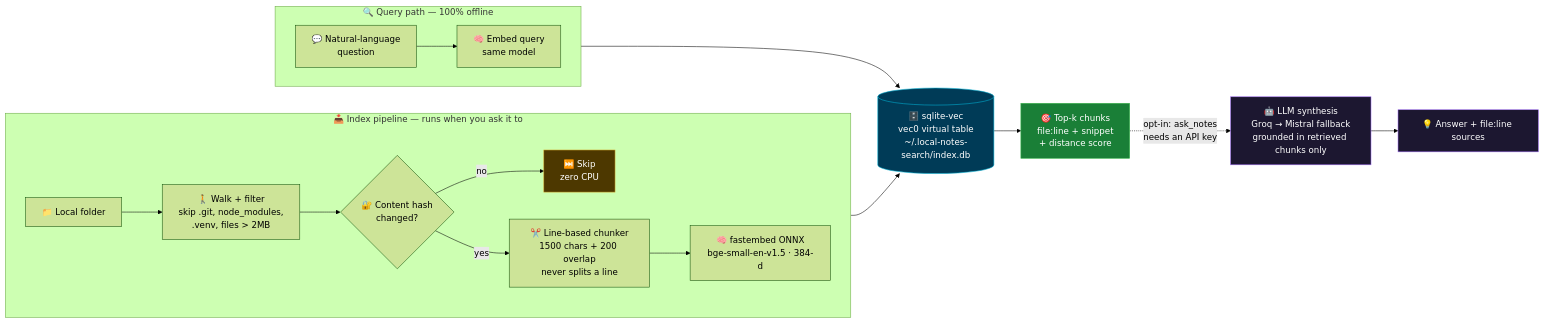
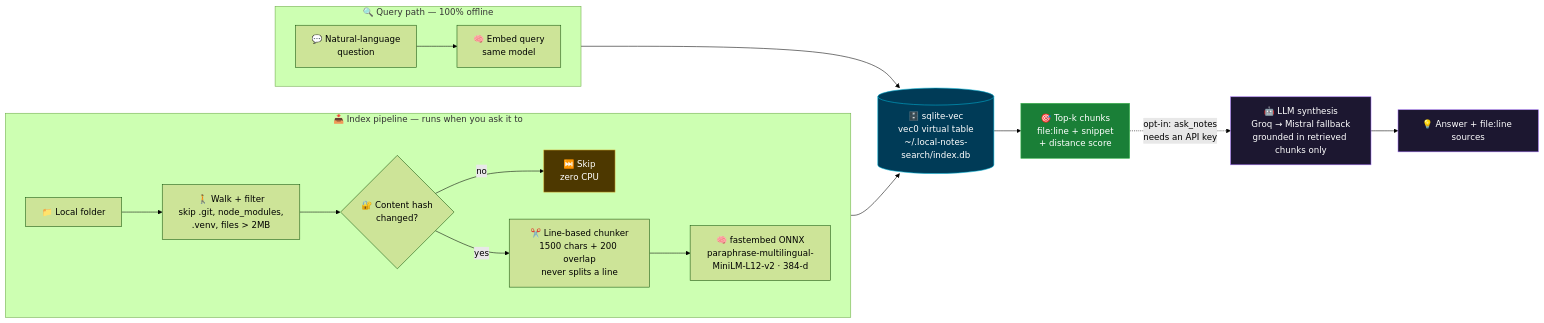
Before and after one commit to Furkiozknn/local-notes-search-mcp: the diagram in README.md, drawn with Mermaid (forest theme). The commit also changed other lines of this file and 2 other files, not shown here.

````diff
--- a/README.md
+++ b/README.md
@@ -84,30 +84,30 @@
 ```mermaid
 flowchart LR
     subgraph INDEX["📥 Index pipeline — runs when you ask it to"]
         direction LR
         A["📁 Local folder"] --> B["🚶 Walk + filter<br/>skip .git, node_modules,<br/>.venv, files &gt; 2MB"]
         B --> H{"🔐 Content hash<br/>changed?"}
         H -- "no" --> SKIP["⏭️ Skip<br/>zero CPU"]
         H -- "yes" --> C["✂️ Line-based chunker<br/>1500 chars + 200 overlap<br/>never splits a line"]
-        C --> D["🧠 fastembed ONNX<br/>bge-small-en-v1.5 · 384-d"]
+        C --> D["🧠 fastembed ONNX<br/>paraphrase-multilingual-MiniLM-L12-v2 · 384-d"]
     end
 
     D --> DB[("🗄️ sqlite-vec<br/>vec0 virtual table<br/>~/.local-notes-search/index.db")]
 
     subgraph QUERY["🔍 Query path — 100% offline"]
         direction LR
         Q["💬 Natural-language<br/>question"] --> QE["🧠 Embed query<br/>same model"]
     end
 
     QE --> DB
     DB --> R["🎯 Top-k chunks<br/>file:line + snippet<br/>+ distance score"]
 
     R -. "opt-in: ask_notes<br/>needs an API key" .-> LLM["🤖 LLM synthesis<br/>Groq → Mistral fallback<br/>grounded in retrieved chunks only"]
     LLM --> ANS["💡 Answer + file:line sources"]
 
     style LLM fill:#1c1730,stroke:#a371f7,color:#ffffff
     style ANS fill:#1c1730,stroke:#a371f7,color:#ffffff
     style DB fill:#003b57,stroke:#00b4d8,color:#ffffff
     style R fill:#1a7f37,stroke:#3fb950,color:#ffffff
     style SKIP fill:#4d3800,stroke:#d4a72c,color:#ffffff
 ```
````
